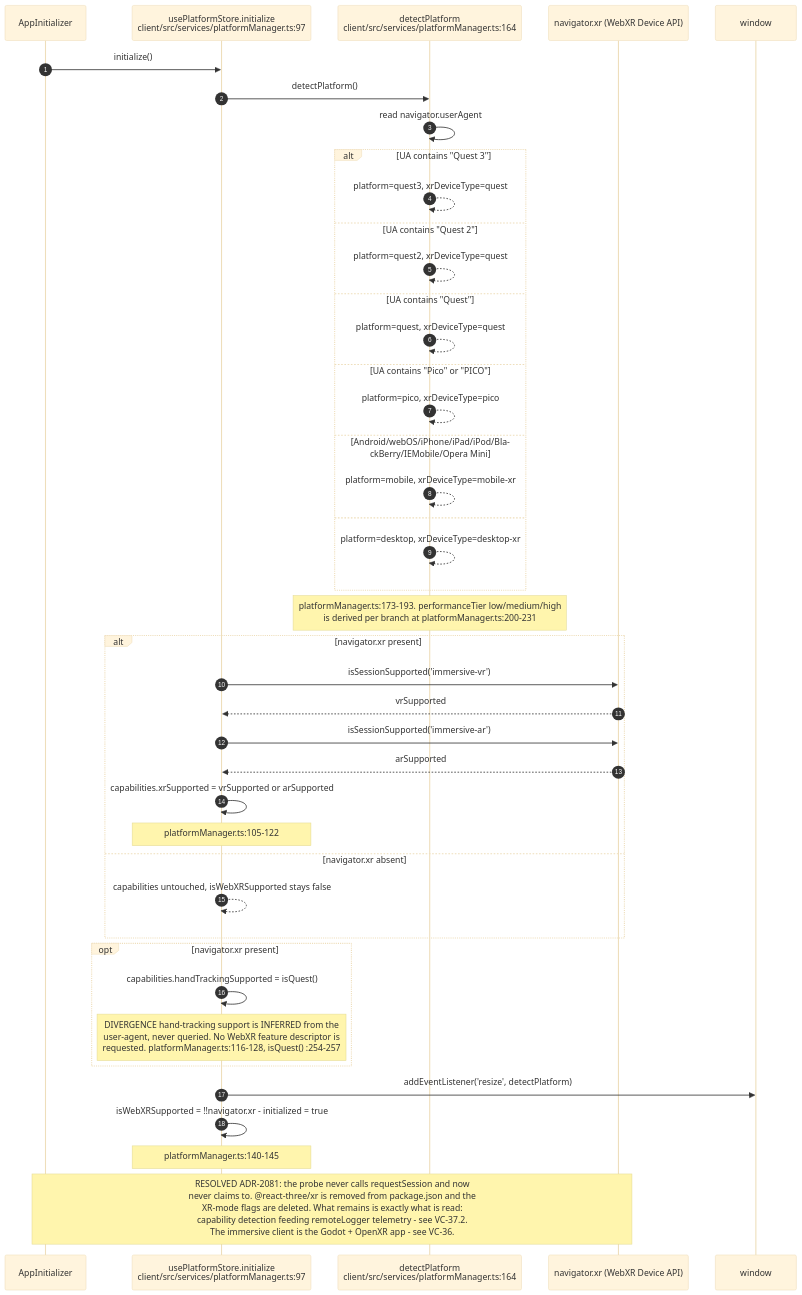
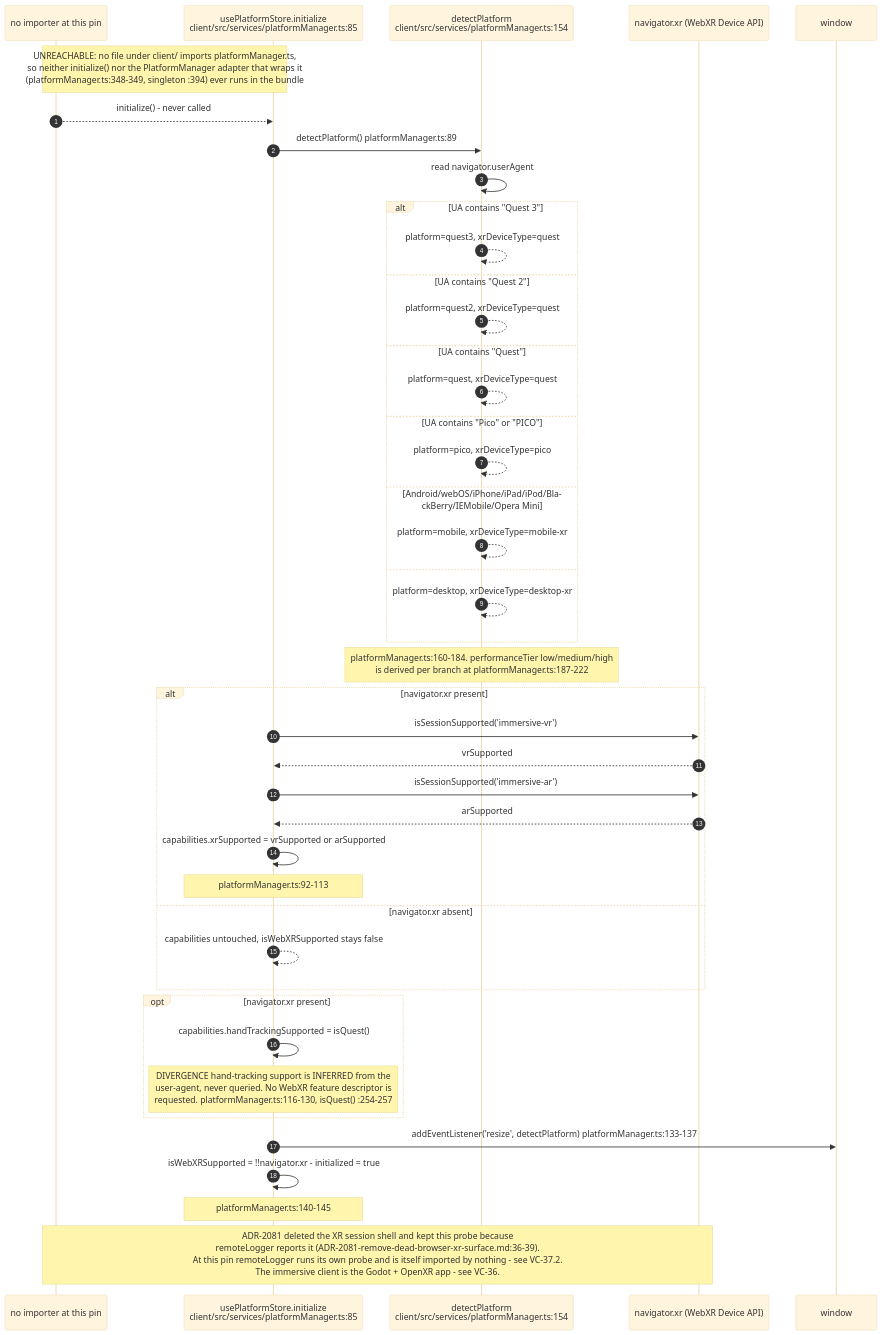
One commit to DreamLab-AI/VisionFlow changed the first of 11 diagrams in docs/diagrams/visionclaw/37-browser-xr-and-desktop-input.md. Above: the diagram before and after it, drawn with Mermaid (base theme). The commit also changed other lines of this file and 173 other files, not shown here.

````diff
--- a/docs/diagrams/visionclaw/37-browser-xr-and-desktop-input.md
+++ b/docs/diagrams/visionclaw/37-browser-xr-and-desktop-input.md
@@ -39,45 +45,46 @@
 ```mermaid
 sequenceDiagram
     autonumber
-    participant AI as AppInitializer
-    participant PM as usePlatformStore.initialize<br/>client/src/services/platformManager.ts:97
-    participant DP as detectPlatform<br/>client/src/services/platformManager.ts:164
+    participant NB as no importer at this pin
+    participant PM as usePlatformStore.initialize<br/>client/src/services/platformManager.ts:85
+    participant DP as detectPlatform<br/>client/src/services/platformManager.ts:154
     participant NX as navigator.xr (WebXR Device API)
     participant W as window
 
-    AI->>PM: initialize()
-    PM->>DP: detectPlatform()
+    Note over NB,PM: UNREACHABLE: no file under client/ imports platformManager.ts,<br/>so neither initialize() nor the PlatformManager adapter that wraps it<br/>(platformManager.ts:348-349, singleton :394) ever runs in the bundle
+    NB-->>PM: initialize() - never called
+    PM->>DP: detectPlatform() platformManager.ts:89
     DP->>DP: read navigator.userAgent
     alt UA contains "Quest 3"
         DP-->>DP: platform=quest3, xrDeviceType=quest
     else UA contains "Quest 2"
         DP-->>DP: platform=quest2, xrDeviceType=quest
     else UA contains "Quest"
         DP-->>DP: platform=quest, xrDeviceType=quest
     else UA contains "Pico" or "PICO"
         DP-->>DP: platform=pico, xrDeviceType=pico
     else Android/webOS/iPhone/iPad/iPod/BlackBerry/IEMobile/Opera Mini
         DP-->>DP: platform=mobile, xrDeviceType=mobile-xr
     else
         DP-->>DP: platform=desktop, xrDeviceType=desktop-xr
     end
-    Note over DP: platformManager.ts:173-193. performanceTier low/medium/high<br/>is derived per branch at platformManager.ts:200-231
+    Note over DP: platformManager.ts:160-184. performanceTier low/medium/high<br/>is derived per branch at platformManager.ts:187-222
     alt navigator.xr present
         PM->>NX: isSessionSupported('immersive-vr')
         NX-->>PM: vrSupported
         PM->>NX: isSessionSupported('immersive-ar')
         NX-->>PM: arSupported
         PM->>PM: capabilities.xrSupported = vrSupported or arSupported
-        Note over PM: platformManager.ts:105-122
+        Note over PM: platformManager.ts:92-113
     else navigator.xr absent
         PM-->>PM: capabilities untouched, isWebXRSupported stays false
     end
     opt navigator.xr present
         PM->>PM: capabilities.handTrackingSupported = isQuest()
-        Note over PM: DIVERGENCE hand-tracking support is INFERRED from the<br/>user-agent, never queried. No WebXR feature descriptor is<br/>requested. platformManager.ts:116-128, isQuest() :254-257
+        Note over PM: DIVERGENCE hand-tracking support is INFERRED from the<br/>user-agent, never queried. No WebXR feature descriptor is<br/>requested. platformManager.ts:116-130, isQuest() :254-257
     end
-    PM->>W: addEventListener('resize', detectPlatform)
+    PM->>W: addEventListener('resize', detectPlatform) platformManager.ts:133-137
     PM->>PM: isWebXRSupported = !!navigator.xr - initialized = true
     Note over PM: platformManager.ts:140-145
-    Note over AI,NX: RESOLVED ADR-2081: the probe never calls requestSession and now<br/>never claims to. @react-three/xr is removed from package.json and the<br/>XR-mode flags are deleted. What remains is exactly what is read:<br/>capability detection feeding remoteLogger telemetry - see VC-37.2.<br/>The immersive client is the Godot + OpenXR app - see VC-36.
+    Note over NB,NX: ADR-2081 deleted the XR session shell and kept this probe because<br/>remoteLogger reports it (ADR-2081-remove-dead-browser-xr-surface.md:36-39).<br/>At this pin remoteLogger runs its own probe and is itself imported by nothing - see VC-37.2.<br/>The immersive client is the Godot + OpenXR app - see VC-36.
 ```
````
